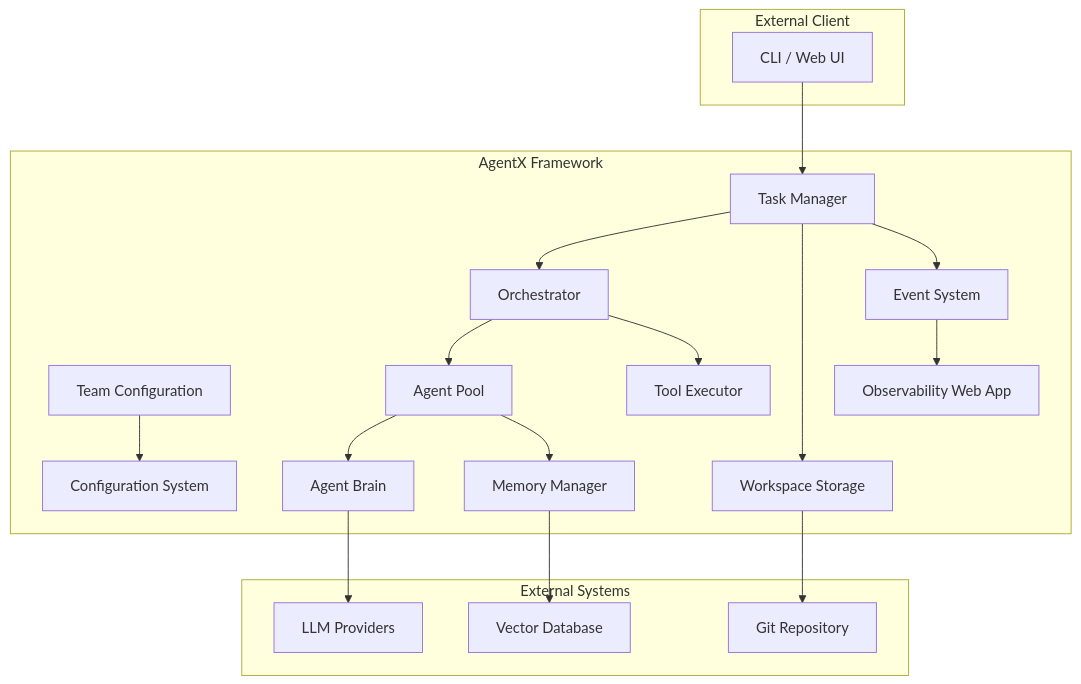
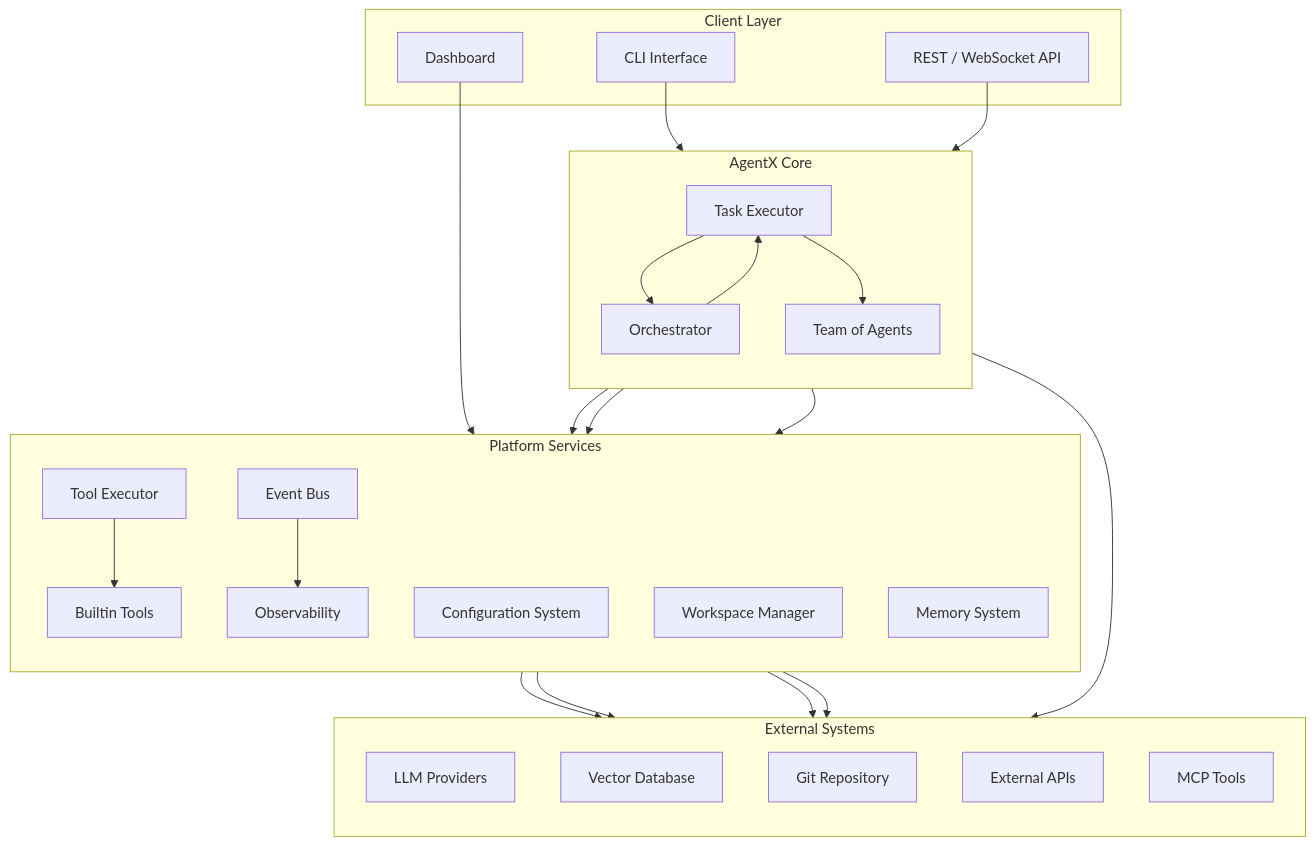
The first of 4 diagrams in docs/01-architecture.md (dustland/roboco), drawn with Mermaid before and after one commit. The commit also changed other lines of this file and 4 other files, not shown here.

Commit message:
refactor: update AgentX architecture documentation and configuration structure by renaming LLMConfig to BrainConfig, enhancing agent initialization, and streamlining tool management for improved clarity and maintainability

````diff
--- a/docs/01-architecture.md
+++ b/docs/01-architecture.md
@@ -16,40 +27,59 @@
 ```mermaid
-graph TD
-    subgraph "External Client"
-        CLI[CLI / Web UI]
+flowchart TD
+    %% Top-level layers
+    subgraph Client Layer
+        CLI[CLI Interface]
+        API[REST / WebSocket API]
+        UI[Dashboard]
     end
 
-    subgraph "AgentX Framework"
-        Task[Task Manager]
-        Orchestrator[Orchestrator]
-        Team[Team Configuration]
-        Agent[Agent Pool]
-        Brain[Agent Brain]
-        Tools[Tool Executor]
-        Storage[Workspace Storage]
-        Memory[Memory Manager]
-        Config[Configuration System]
-        Events[Event System]
-        Observability[Observability Web App]
+    subgraph AgentX Core
+        direction TB
+        TASK[Task Executor]
+        ORCH[Orchestrator]
+        TEAM[Team of Agents]
     end
 
-    subgraph "External Systems"
-        LLM[LLM Providers]
-        Vector[Vector Database]
-        Git[Git Repository]
+    subgraph Platform Services
+        direction TB
+        TOOLS[Tool Executor]
+        CONFIG[Configuration System]
+        EVENTS[Event Bus]
+        STORAGE[Workspace Manager]
+        MEMORY[Memory System]
+        OBSV[Observability]
+        BUILTIN_TOOLS[Builtin Tools]
     end
 
-    CLI --> Task
-    Task --> Orchestrator
-    Orchestrator --> Agent
-    Agent --> Brain
-    Brain --> LLM
-    Orchestrator --> Tools
-    Task --> Storage
-    Storage --> Git
-    Agent --> Memory
-    Memory --> Vector
-    Team --> Config
-    Task --> Events
-    Events --> Observability
+    subgraph External Systems
+        direction TB
+        LLM[LLM Providers]
+        VDB[Vector Database]
+        GIT[Git Repository]
+        APIS[External APIs]
+        MCP[MCP Tools]
+    end
+
+    %% Primary flows
+    CLI --> TASK
+    API --> TASK
+    UI --> OBSV
+
+    TASK --> ORCH
+    ORCH --> TASK
+    TASK --> TEAM
+
+    TEAM --> LLM
+
+    TASK --> TOOLS
+    TOOLS --> BUILTIN_TOOLS
+    TOOLS --> MCP
+    TOOLS --> APIS
+
+    STORAGE --> GIT
+    MEMORY --> VDB
+
+    EVENTS --> OBSV
+    ORCH --> EVENTS
+    ORCH --> CONFIG
 ```
````
